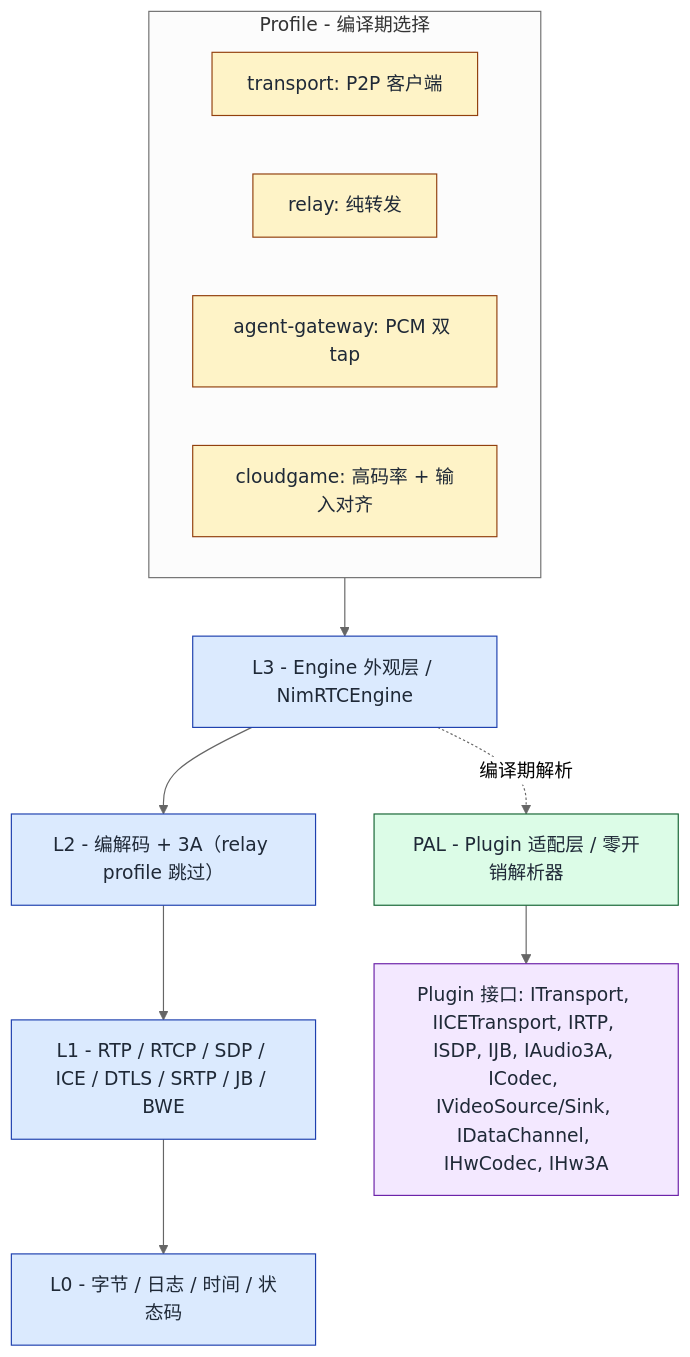
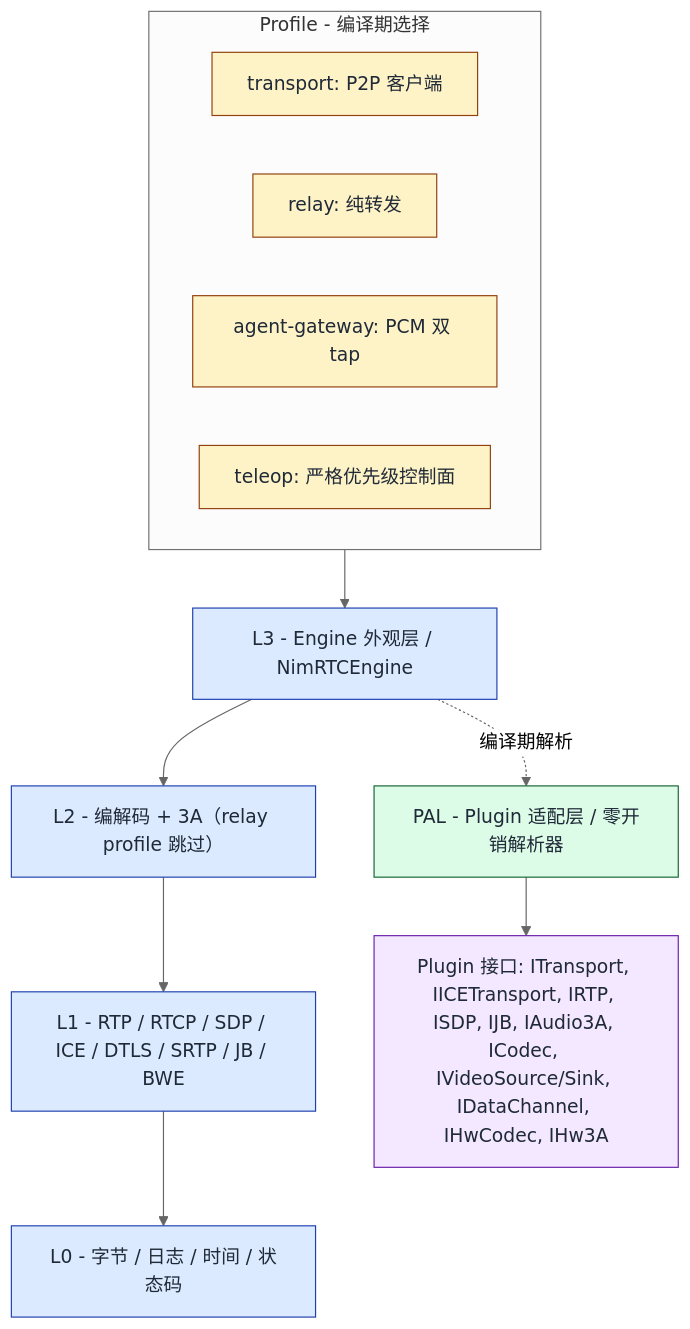
Before and after one commit to NimRTC/nimrtc: the diagram in README.zh.md, drawn with Mermaid (neutral theme). The commit also changed other lines of this file and 9 other files, not shown here.

````diff
--- a/README.zh.md
+++ b/README.zh.md
@@ -286,26 +286,26 @@
 ```mermaid
 flowchart TB
     subgraph PROF["Profile - 编译期选择"]
         P1["transport: P2P 客户端"]
         P2["relay: 纯转发"]
         P3["agent-gateway: PCM 双 tap"]
-        P4["cloudgame: 高码率 + 输入对齐"]
+        P4["teleop: 严格优先级控制面"]
     end
 
     PROF --> L3
     L3["L3 - Engine 外观层 / NimRTCEngine"] --> L2["L2 - 编解码 + 3A（relay profile 跳过）"]
     L2 --> L1["L1 - RTP / RTCP / SDP / ICE / DTLS / SRTP / JB / BWE"]
     L1 --> L0["L0 - 字节 / 日志 / 时间 / 状态码"]
 
     L3 -. 编译期解析 .-> PAL["PAL - Plugin 适配层 / 零开销解析器"]
     PAL --> PLG["Plugin 接口: ITransport, IICETransport, IRTP, ISDP, IJB, IAudio3A, ICodec, IVideoSource/Sink, IDataChannel, IHwCodec, IHw3A"]
 
     classDef profile fill:#fef3c7,stroke:#92400e,color:#1f2937
     classDef layer   fill:#dbeafe,stroke:#1e40af,color:#1f2937
     classDef pal     fill:#dcfce7,stroke:#166534,color:#1f2937
     classDef plugin  fill:#f3e8ff,stroke:#6b21a8,color:#1f2937
     class P1,P2,P3,P4 profile
     class L0,L1,L2,L3 layer
     class PAL pal
     class PLG plugin
 ```
````
